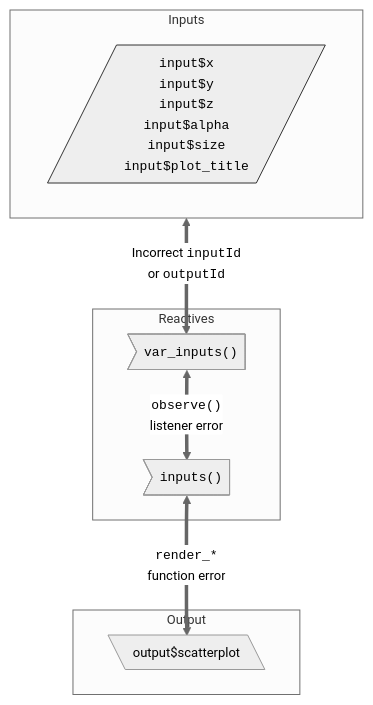
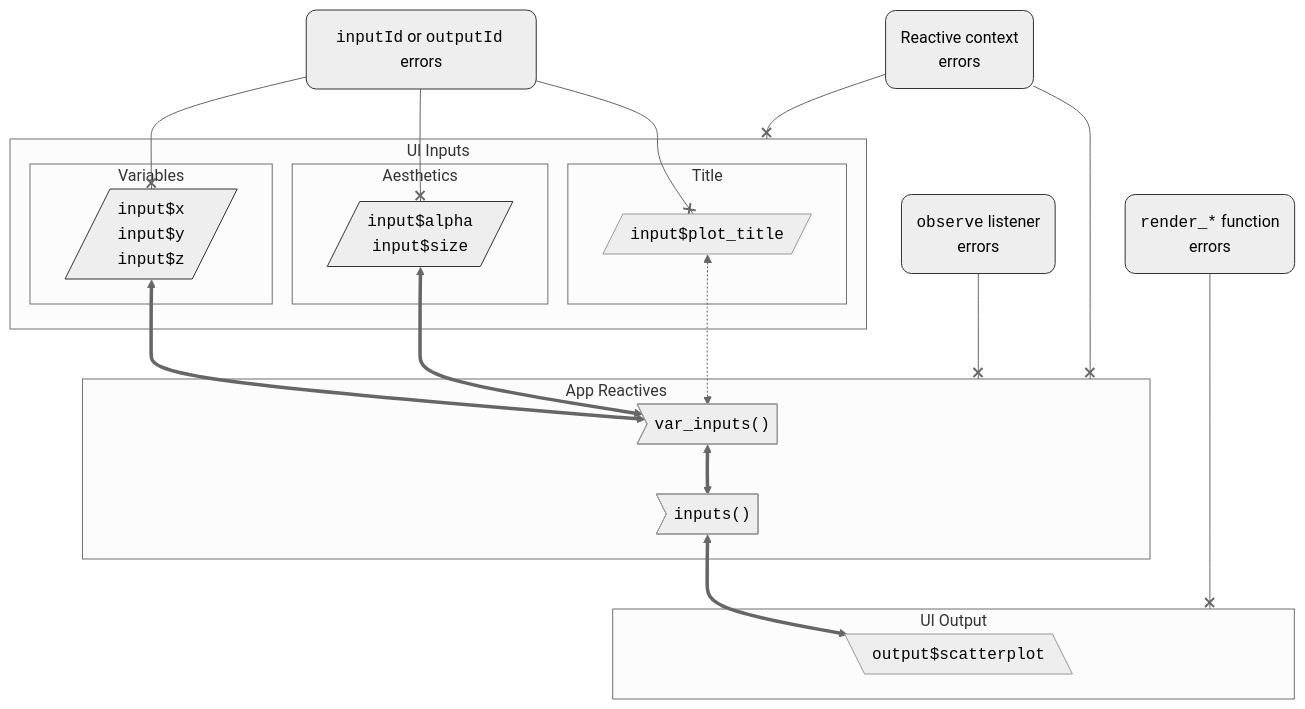
The third of 3 diagrams in debug.qmd (mjfrigaard/shiny-app-pkgs), drawn with Mermaid before and after one commit. The commit also changed other lines of this file and 34 other files, not shown here.

````diff
--- a/debug.qmd
+++ b/debug.qmd
@@ -305,31 +303,42 @@
 ```{mermaid}
 %%| fig-cap: '*Possible locations of bugs in a reactive model*'
 %%| fig-align: center
-%%{init: {'theme': 'neutral', 'themeVariables': { 'fontFamily': 'monospace', "fontSize":"13px"}}}%%
+%%{init: {'theme': 'neutral', 'themeVariables': { 'fontFamily': 'monospace', "fontSize":"16px"}}}%%
 flowchart TD
-    subgraph Inputs["Inputs"]
-        var_input[/"<code>input$x</code>
-                   <code>input$y</code> 
-                   <code>input$z</code> 
-                   <code>input$alpha</code>
-                   <code>input$size</code>
-                   <code>input$plot_title</code>"/]
+    subgraph Inputs["UI Inputs"]
+        subgraph Variables["Variables"]
+        var_input[/"<code>input$x</code><br><code>input$y</code><br><code>input$z</code>"/]
+        end
+        subgraph Aesthetics["Aesthetics"]
+        aes_input[/"<code>input$alpha</code><br><code>input$size</code>"/]
+        end
+        subgraph Title["Title"]
+        plot_title[/"<code>input$plot_title</code>"/]
+        end
     end
-    subgraph React["Reactives"]
+    IDs("<code>inputId</code> or <code>outputId</code> errors") --x var_input & aes_input & plot_title
+    subgraph React["App Reactives"]
         var_inputs>"<code>var_inputs()</code> "]
         inputs>"<code>inputs()</code>"]
+    end
+    Obs("<code>observe</code> listener<br>errors") --x React
+    Rxt("Reactive context<br>errors") --x Inputs & React
+    subgraph Output["UI Output"]
+        output[\"<code>output$scatterplot</code>"\]
+    end
+    Rend("<code>render_*</code> function<br>errors") ----x Output
         
-        
-        
-    end
-    subgraph Output["Output"]
-        output[\"output$scatterplot"\]
-        
-    end
+    
 
-    Inputs <==> |"Incorrect <code>inputId</code><br>or <code>outputId</code>"|var_inputs 
-    var_inputs <==> |"<code>observe()</code><br>listener error"|inputs
-    inputs <==> |"<code>render_*</code><br>function error"|output
+    var_input & aes_input <==> var_inputs 
+    plot_title <-.-> var_inputs 
+    var_inputs <==> inputs
+    inputs <==> output
     
     style var_input stroke:#333,stroke-width:1px,rx:5,ry:5 
+    style aes_input stroke:#333,stroke-width:1px,rx:5,ry:5
+    style IDs stroke:#333,stroke-width:1px,rx:10,ry:10
+    style Obs stroke:#333,stroke-width:1px,rx:10,ry:10
+    style Rend stroke:#333,stroke-width:1px,rx:10,ry:10
+    style Rxt stroke:#333,stroke-width:1px,rx:10,ry:10
 ```
````
